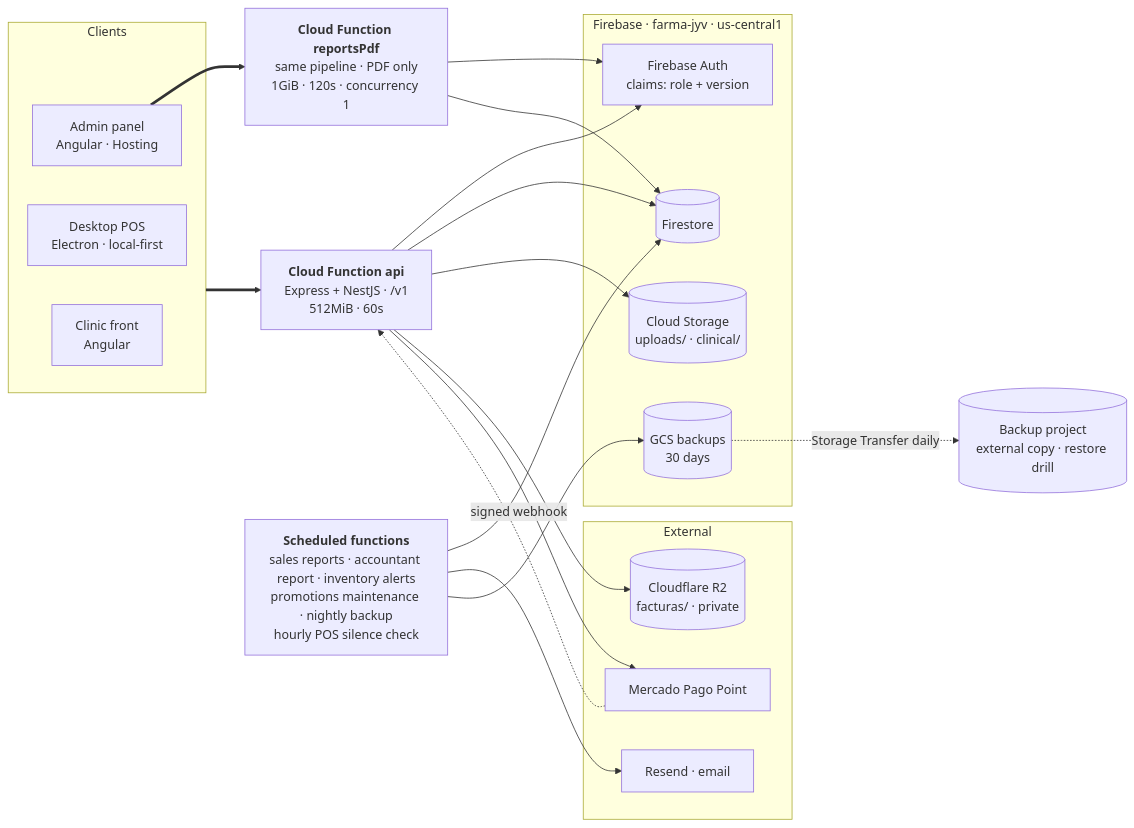
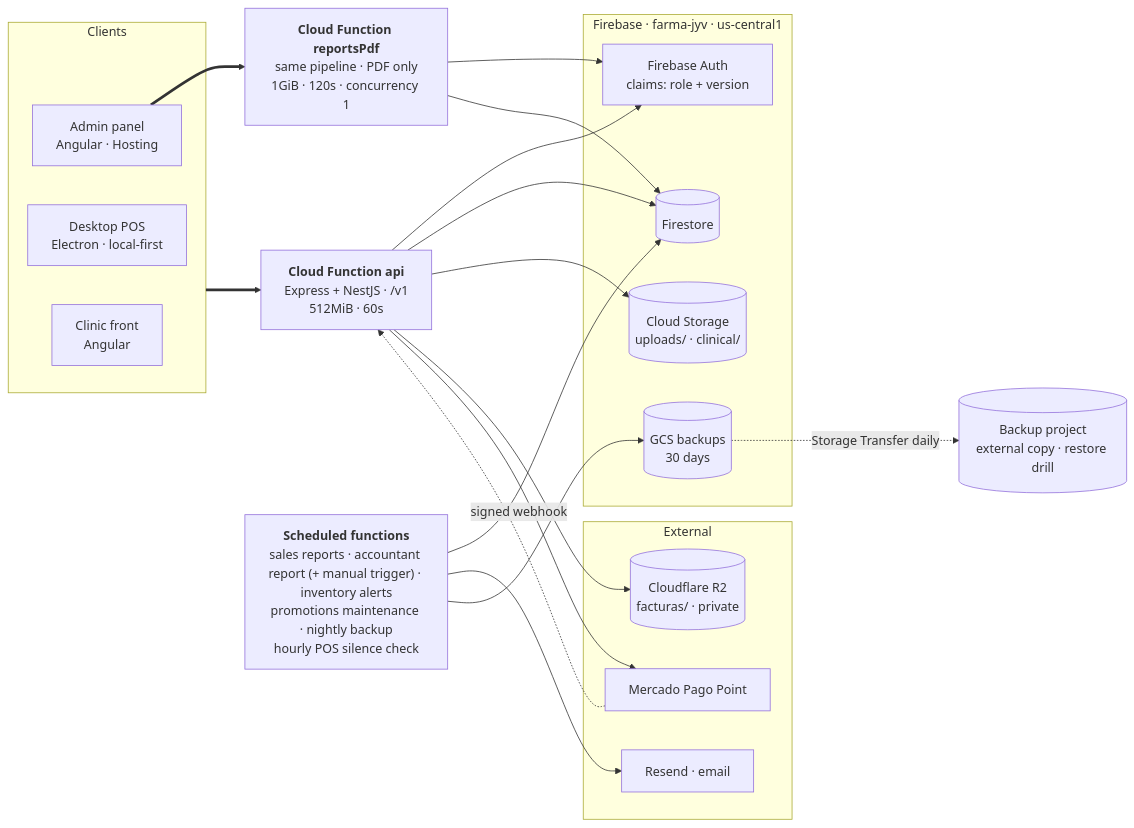
One commit to dev-jyv/backend-farma-jyv changed the first of 2 diagrams in CLAUDE.md. Above: the diagram before and after it, drawn with Mermaid. The commit also changed other lines of this file and 9 other files, not shown here.

````diff
--- a/CLAUDE.md
+++ b/CLAUDE.md
@@ -21,43 +21,43 @@
 ```mermaid
 flowchart LR
     subgraph clients["Clients"]
         admin["Admin panel<br/>Angular · Hosting"]
         pos["Desktop POS<br/>Electron · local-first"]
         clinic["Clinic front<br/>Angular"]
     end
 
     api["<b>Cloud Function api</b><br/>Express + NestJS · /v1<br/>512MiB · 60s"]
     pdf["<b>Cloud Function reportsPdf</b><br/>same pipeline · PDF only<br/>1GiB · 120s · concurrency 1"]
-    crons["<b>Scheduled functions</b><br/>sales reports · accountant report · inventory alerts<br/>promotions maintenance · nightly backup<br/>hourly POS silence check"]
+    crons["<b>Scheduled functions</b><br/>sales reports · accountant report (+ manual trigger) · inventory alerts<br/>promotions maintenance · nightly backup<br/>hourly POS silence check"]
 
     subgraph data["Firebase · farma-jyv · us-central1"]
         auth["Firebase Auth<br/>claims: role + version"]
         fs[("Firestore")]
         gcs[("Cloud Storage<br/>uploads/ · clinical/")]
         backups[("GCS backups<br/>30 days")]
     end
 
     extbk[("Backup project<br/>external copy · restore drill")]
 
     subgraph ext["External"]
         mp["Mercado Pago Point"]
         r2[("Cloudflare R2<br/>facturas/ · private")]
         resend["Resend · email"]
     end
 
     clients ==> api
     admin ==> pdf
     pdf --> auth
     pdf --> fs
     api --> auth
     api --> fs
     api --> gcs
     api --> r2
     api --> mp
     mp -. "signed webhook" .-> api
 
     crons --> fs
     crons --> resend
     crons --> backups
     backups -. "Storage Transfer daily" .-> extbk
 ```
````
